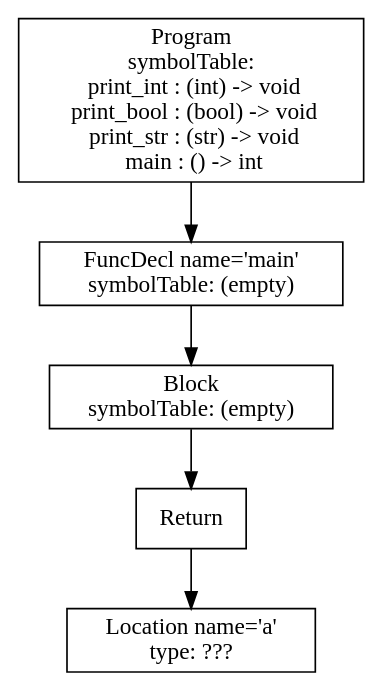
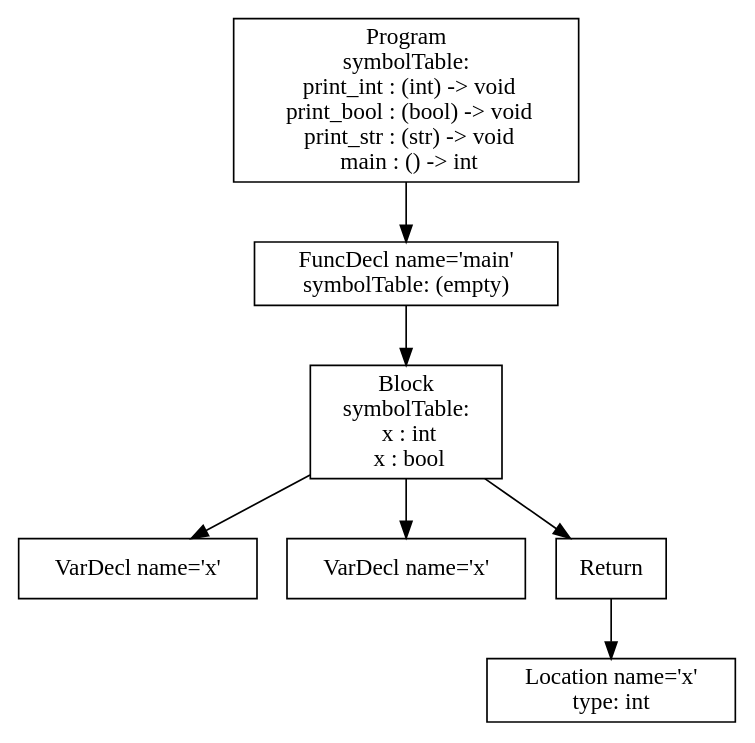
One commit to atrim11/CS432 changed the diagram in p3-analysis/tree.dot. Above: the diagram before and after it, drawn with Graphviz. The commit also changed 38 other files, not shown here.

```diff
--- a/p3-analysis/tree.dot
+++ b/p3-analysis/tree.dot
@@ -1,11 +1,15 @@
 digraph AST {
-4 [shape=box, label="Location name='a'\ntype: ???"];
-3 [shape=box, label="Return"];
-3 -> 4;
-2 [shape=box, label="Block\nsymbolTable: (empty)"];
+3 [shape=box, label="VarDecl name='x'"];
+4 [shape=box, label="VarDecl name='x'"];
+6 [shape=box, label="Location name='x'\ntype: int"];
+5 [shape=box, label="Return"];
+5 -> 6;
+2 [shape=box, label="Block\nsymbolTable: \n  x : int\n  x : bool"];
 2 -> 3;
+2 -> 4;
+2 -> 5;
 1 [shape=box, label="FuncDecl name='main'\nsymbolTable: (empty)"];
 1 -> 2;
 0 [shape=box, label="Program\nsymbolTable: \n  print_int : (int) -> void\n  print_bool : (bool) -> void\n  print_str : (str) -> void\n  main : () -> int"];
 0 -> 1;
 }
```
